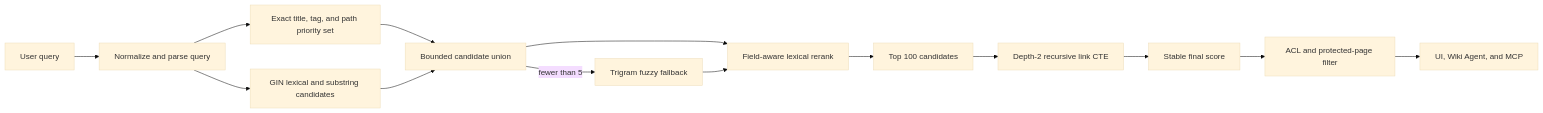
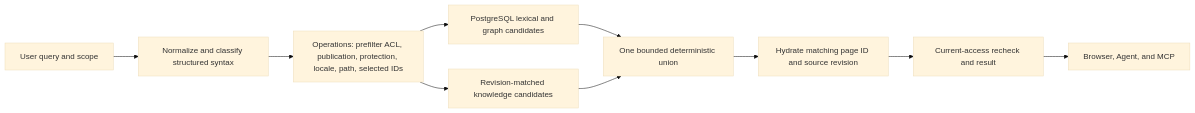
The diagram in docs/search-architecture.md (PhilosophiMoonbeam/tsEpistle), drawn with Mermaid (base theme) before and after one commit. The commit also changed other lines of this file and 54 other files, not shown here.

````diff
--- a/docs/search-architecture.md
+++ b/docs/search-architecture.md
@@ -53,16 +55,12 @@
 ```mermaid
 flowchart LR
-    Q[User query] --> P[Normalize and parse query]
-    P --> E[Exact title, tag, and path priority set]
-    P --> L[GIN lexical and substring candidates]
-    E --> B[Bounded candidate union]
-    L --> B
-    B -->|fewer than 5| F[Trigram fuzzy fallback]
-    B --> R[Field-aware lexical rerank]
-    F --> R
-    R --> C[Top 100 candidates]
-    C --> G[Depth-2 recursive link CTE]
-    G --> S[Stable final score]
-    S --> A[ACL and protected-page filter]
-    A --> U[UI, Wiki Agent, and MCP]
+    Q[User query and scope] --> P[Normalize and classify structured syntax]
+    P --> A[Operations: prefilter ACL, publication, protection, locale, path, selected IDs]
+    A --> L[PostgreSQL lexical and graph candidates]
+    A --> K[Revision-matched knowledge candidates]
+    L --> U[One bounded deterministic union]
+    K --> U
+    U --> H[Hydrate matching page ID and source revision]
+    H --> R[Current-access recheck and result]
+    R --> S[Browser, Agent, and MCP]
 ```
````
